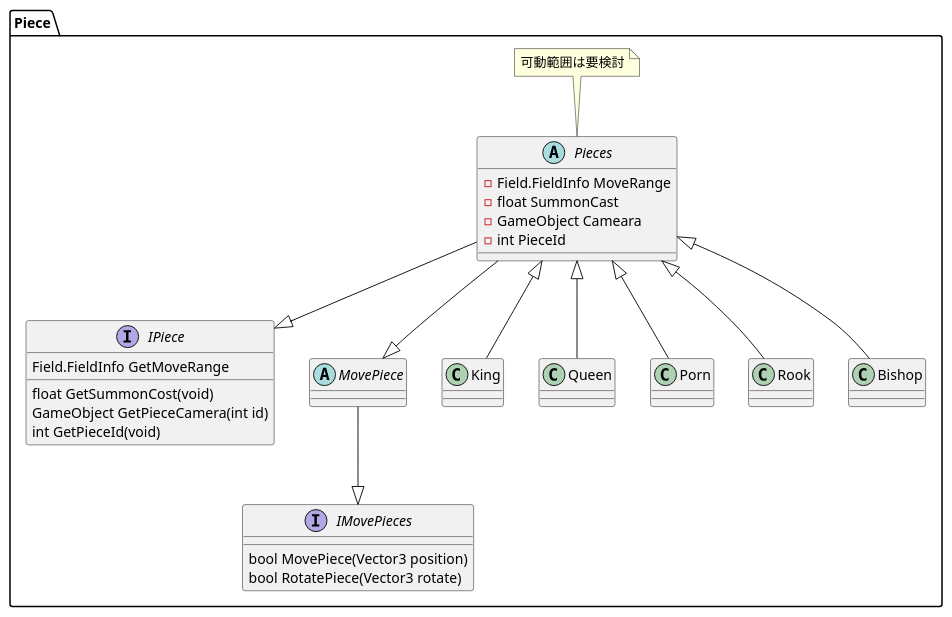
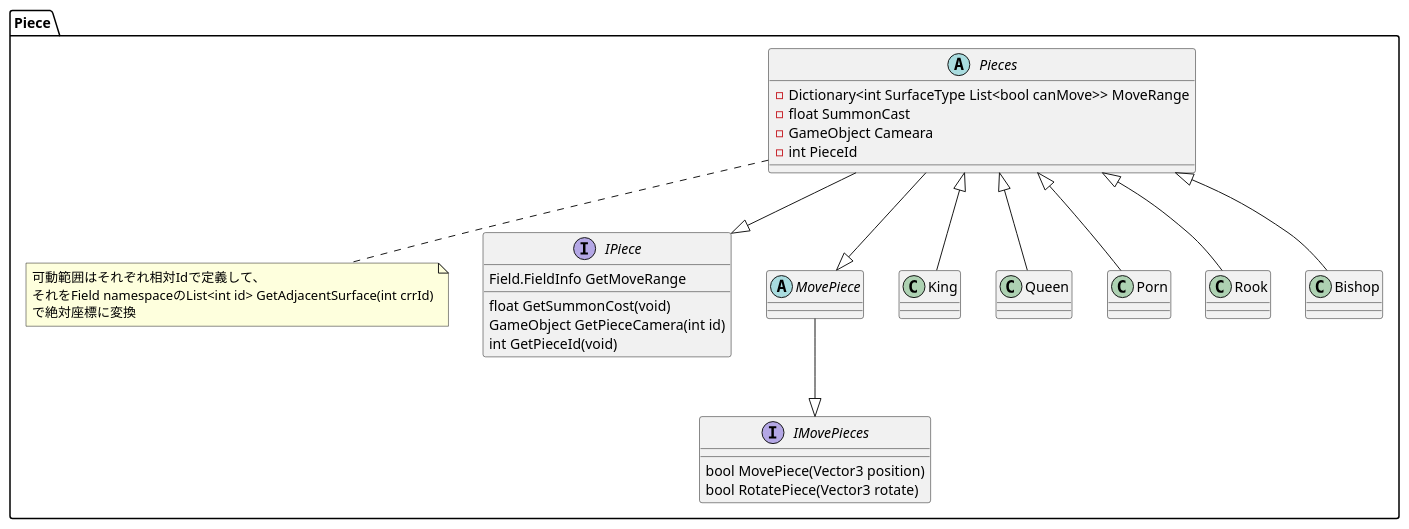
One commit to tora314/3dBoardGame changed the diagram in UML/3DBoardGame_Pieces.pu. Above: the diagram before and after it, drawn with PlantUML. The commit also changed 2 other files, not shown here.

```diff
--- a/UML/3DBoardGame_Pieces.pu
+++ b/UML/3DBoardGame_Pieces.pu
@@ -1,43 +1,50 @@
 @startuml
+
+
 namespace  Piece{
+note as note1
+可動範囲はそれぞれ相対Idで定義して、
+それをField namespaceのList<int id> GetAdjacentSurface(int crrId)
+で絶対座標に変換
+end note
+
     Interface IPiece{
         float GetSummonCost(void)
         GameObject GetPieceCamera(int id)
         int GetPieceId(void)
         Field.FieldInfo GetMoveRange
 
     }
 
     interface IMovePieces{
         bool MovePiece(Vector3 position)
         bool RotatePiece(Vector3 rotate)
     }
 
     abstract MovePiece{
 
     }
 
     MovePiece --|>IMovePieces
 
 
     abstract Pieces{
-        -Field.FieldInfo MoveRange
+        -Dictionary<int SurfaceType List<bool canMove>> MoveRange
         -float SummonCast
         -GameObject Cameara
         -int PieceId
     }
 
-    note top of Pieces:可動範囲は要検討
-
+    Pieces..note1
     Pieces --|>IPiece
     Pieces --|>MovePiece
 
     
 
     King --u|>Pieces
     Queen --u|>Pieces
     Porn --u|>Pieces
     Rook --u|>Pieces
     Bishop --u|>Pieces
 }
 @enduml
```
